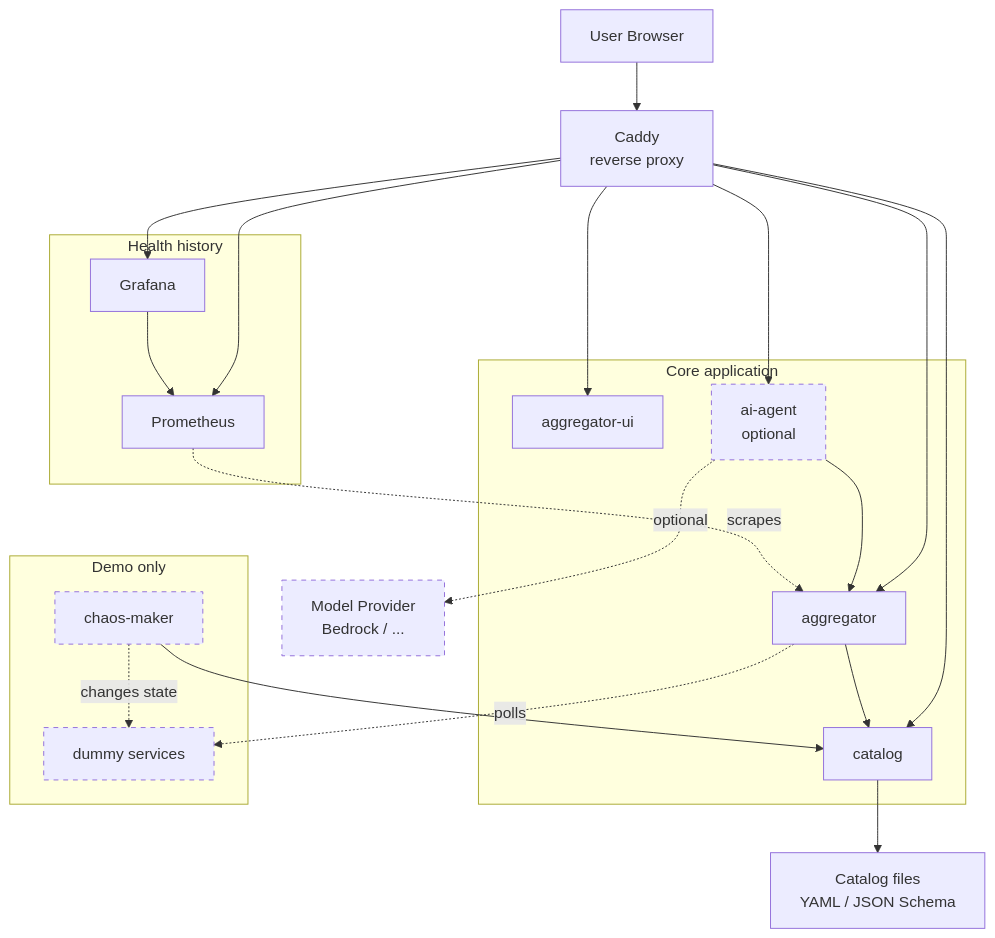
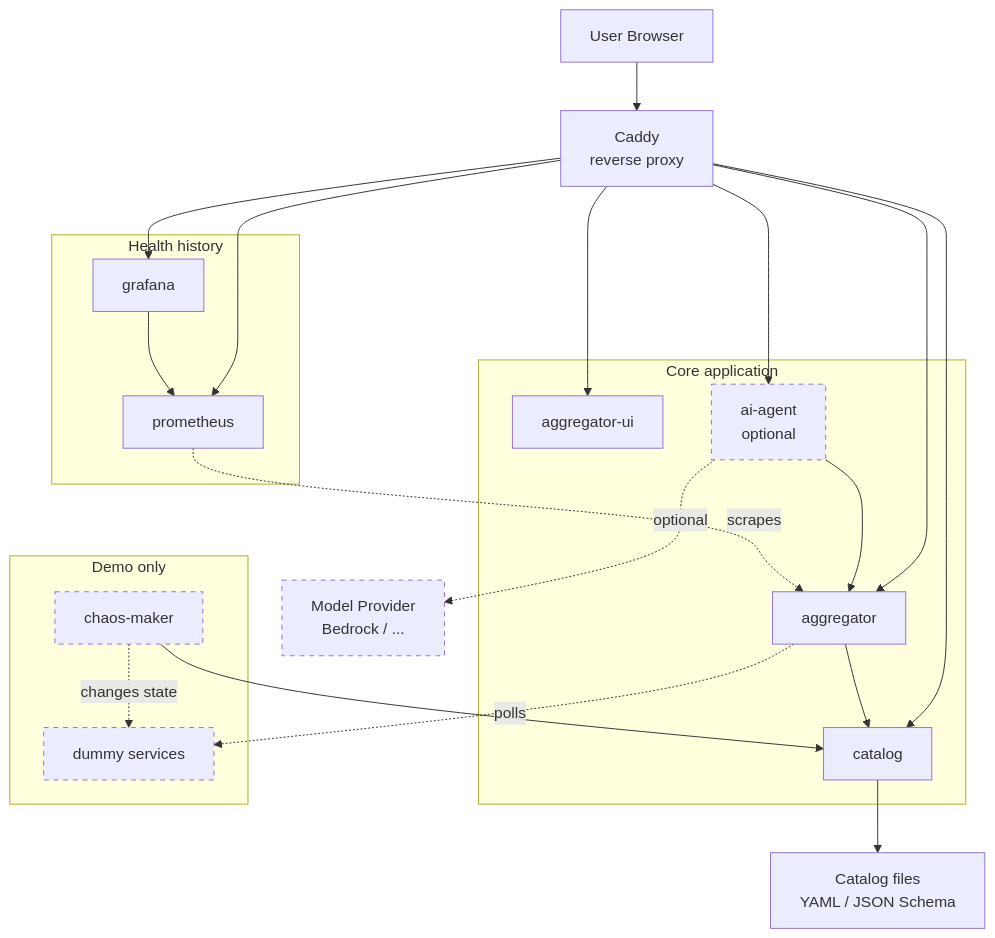
Before and after one commit to aleksei-sapozhnikov/aggregator: the third of 3 diagrams in docs/services.md, drawn with Mermaid. The commit also changed other lines of this file, not shown here.

Commit message:
Align Prometheus and Grafana service names

````diff
--- a/docs/services.md
+++ b/docs/services.md
@@ -68,47 +68,47 @@
 ```mermaid
 flowchart TB
   browser["User Browser"] --> proxy["Caddy<br>reverse proxy"]
 
   subgraph core["Core application"]
     ui["aggregator-ui"]
     catalog["catalog"]
     aggregator["aggregator"]
     agent["ai-agent<br>optional"]
   end
 
   subgraph history["Health history"]
-    prometheus["Prometheus"]
-    grafana["Grafana"]
+    prometheus["prometheus"]
+    grafana["grafana"]
   end
 
   subgraph demo["Demo only"]
     chaos["chaos-maker"]
     dummy["dummy services"]
   end
 
   files["Catalog files<br>YAML / JSON Schema"]
   model["Model Provider<br>Bedrock / ..."]
 
   proxy --> ui
   proxy --> catalog
   proxy --> aggregator
   proxy --> agent
   proxy --> grafana
   proxy --> prometheus
 
   catalog --> files
   aggregator --> catalog
   aggregator -. polls .-> dummy
 
   agent --> aggregator
   agent -. optional .-> model
 
   prometheus -. scrapes .-> aggregator
   grafana --> prometheus
 
   chaos --> catalog
   chaos -. changes state .-> dummy
 
   classDef optional stroke-dasharray: 5 5
   class agent,model,chaos,dummy optional
 ```
````
